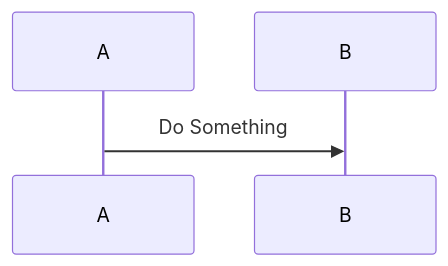
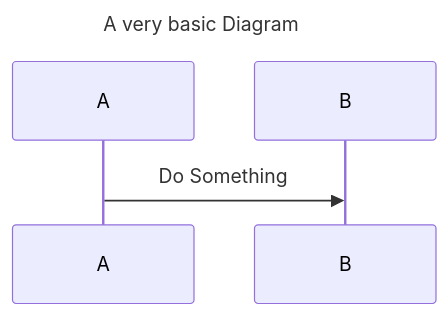
The first of 7 diagrams in empty-flow.md (carolyncole/i_love_mermaid), drawn with Mermaid before and after one commit.

Commit message:
Add title for accessibility

````diff
--- a/empty-flow.md
+++ b/empty-flow.md
@@ -9,4 +9,5 @@
 ```mermaid
 sequenceDiagram
+  title A very basic Diagram
 A->>B: Do Something
 ```
````
